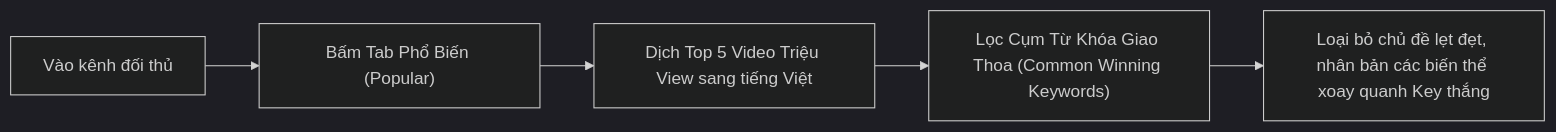
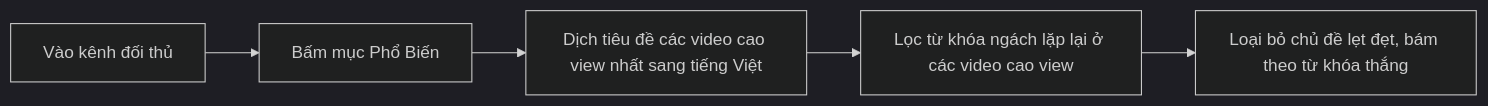
Before and after one commit to henyeu247-max/h2dev-project: the diagram in assets/docs/VIDEO-a85eac/SOP-DAO-KEY-DUONG-SINH-SUC-KHOE-THI-TRUONG-HAN.md, drawn with Mermaid (dark theme). The commit also changed other lines of this file and 78 other files, not shown here.

Commit message:
Neo 67 SOP .md vào nguồn từng video, siết gate công cụ ASR, thêm check-grounding-md (đợt 12)

````diff
--- a/assets/docs/VIDEO-a85eac/SOP-DAO-KEY-DUONG-SINH-SUC-KHOE-THI-TRUONG-HAN.md
+++ b/assets/docs/VIDEO-a85eac/SOP-DAO-KEY-DUONG-SINH-SUC-KHOE-THI-TRUONG-HAN.md
@@ -18,7 +20,7 @@
 ```mermaid
 flowchart LR
-    A["Vào kênh đối thủ"] --> B["Bấm Tab Phổ Biến (Popular)"]
-    B --> C["Dịch Top 5 Video Triệu View sang tiếng Việt"]
-    C --> D["Lọc Cụm Từ Khóa Giao Thoa (Common Winning Keywords)"]
-    D --> E["Loại bỏ chủ đề lẹt đẹt, nhân bản các biến thể xoay quanh Key thắng"]
+    A["Vào kênh đối thủ"] --> B["Bấm mục Phổ Biến"]
+    B --> C["Dịch tiêu đề các video cao view nhất sang tiếng Việt"]
+    C --> D["Lọc từ khóa ngách lặp lại ở các video cao view"]
+    D --> E["Loại bỏ chủ đề lẹt đẹt, bám theo từ khóa thắng"]
 ```
````
